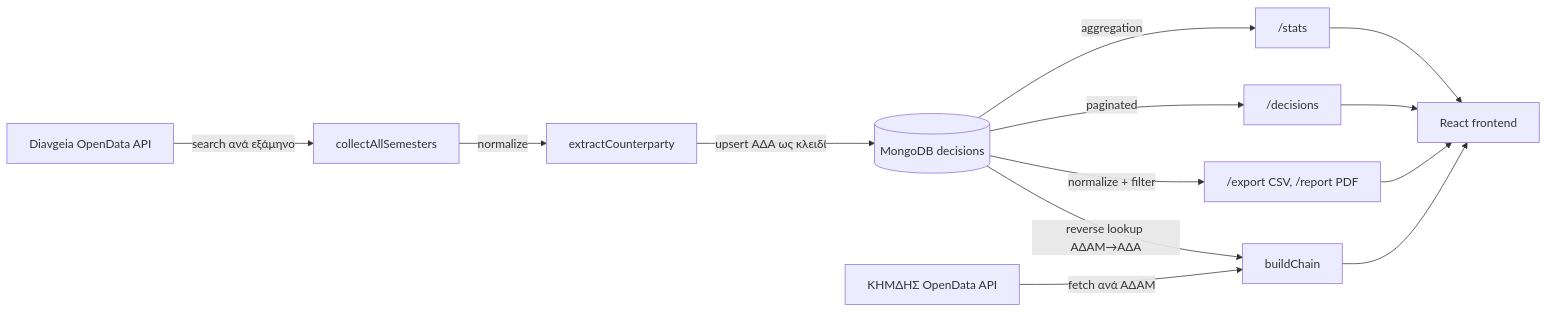
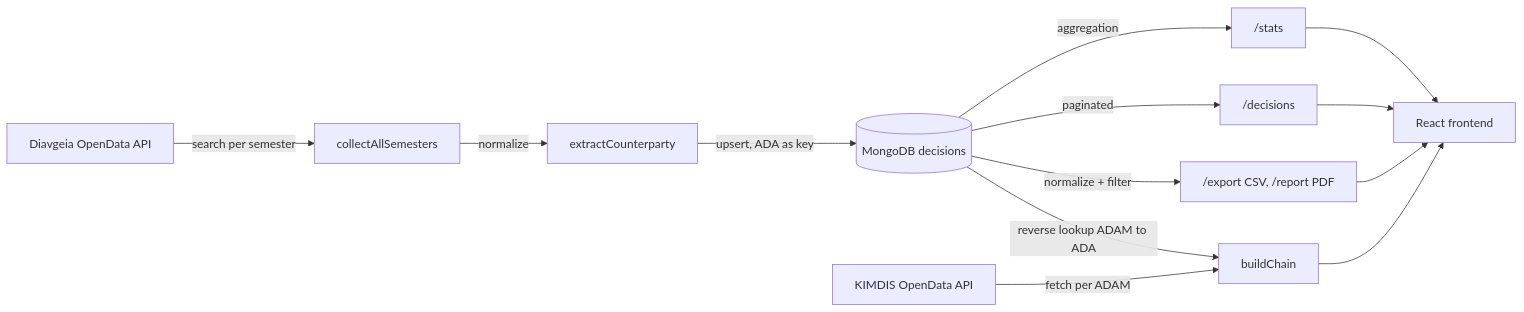
One commit to valeraschristos03/diavgeia-kimdis-casestudy changed the diagram in README.md. Above: the diagram before and after it, drawn with Mermaid. The commit also changed other lines of this file and 5 other files, not shown here.

Commit message:
Translate case study to English and add practical detail (data model, repo layout, API reference, run/reproduce steps, curl examples)

````diff
--- a/README.md
+++ b/README.md
@@ -45,15 +57,15 @@
 ```mermaid
 flowchart LR
-    A[Diavgeia OpenData API] -->|search ανά εξάμηνο| B[collectAllSemesters]
+    A[Diavgeia OpenData API] -->|search per semester| B[collectAllSemesters]
     B -->|normalize| C[extractCounterparty]
-    C -->|upsert ΑΔΑ ως κλειδί| D[(MongoDB decisions)]
+    C -->|upsert, ADA as key| D[(MongoDB decisions)]
     D -->|aggregation| E["/stats"]
     D -->|paginated| F["/decisions"]
     D -->|normalize + filter| G["/export CSV, /report PDF"]
-    H[ΚΗΜΔΗΣ OpenData API] -->|fetch ανά ΑΔΑΜ| I[buildChain]
-    D -->|reverse lookup ΑΔΑΜ→ΑΔΑ| I
+    H[KIMDIS OpenData API] -->|fetch per ADAM| I[buildChain]
+    D -->|reverse lookup ADAM to ADA| I
     E --> UI[React frontend]
     F --> UI
     G --> UI
     I --> UI
 ```
````
